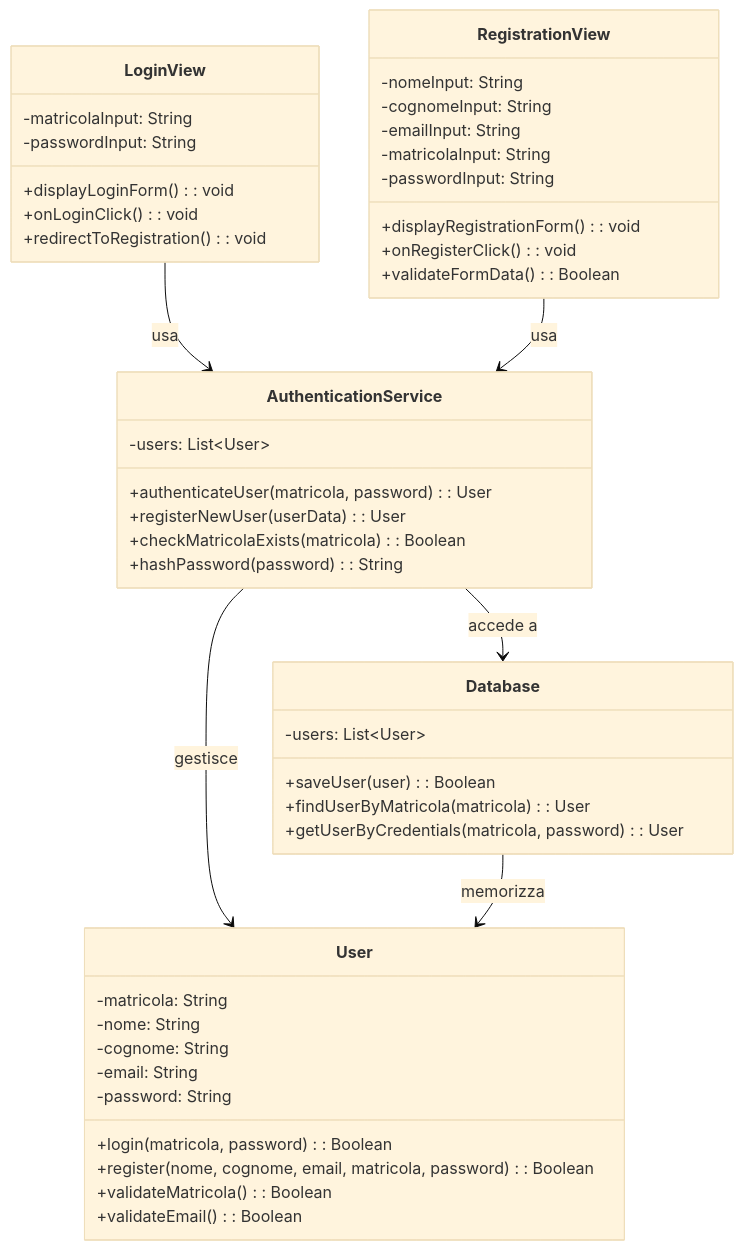
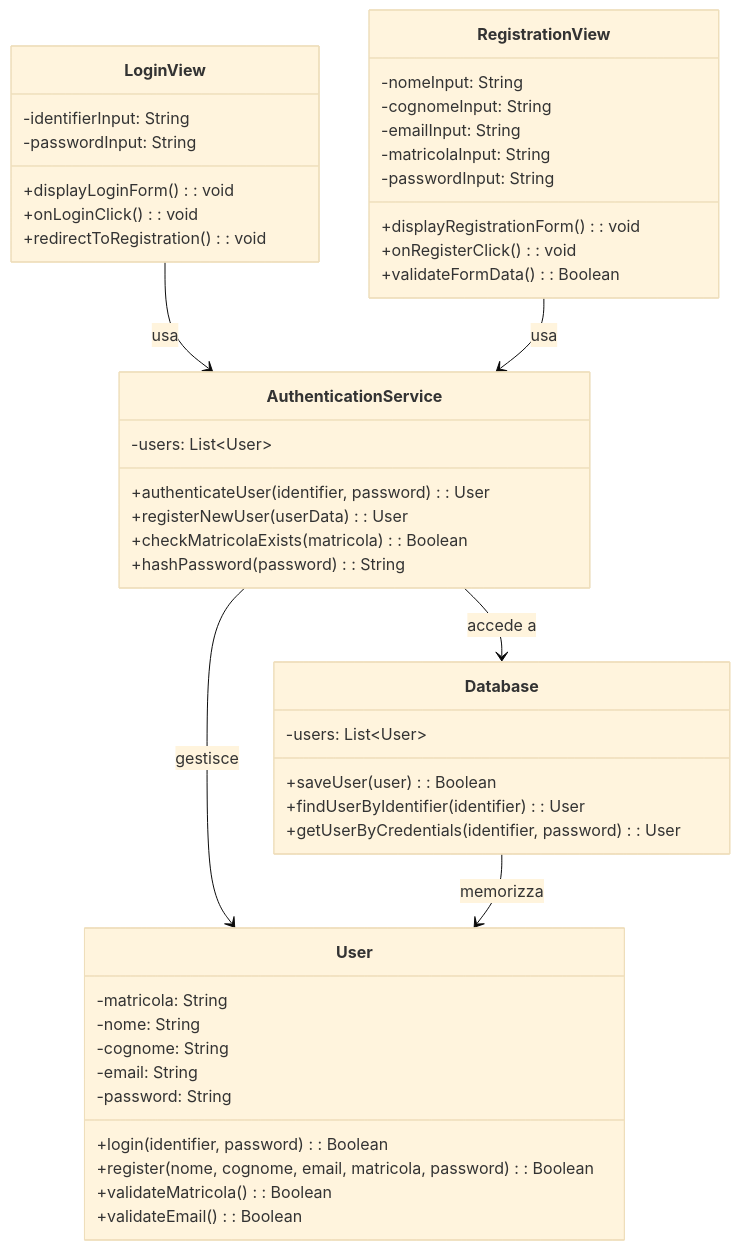
One commit to Sil2564/unibo_tutoring changed the third of 8 diagrams in README.md. Above: the diagram before and after it, drawn with Mermaid (base theme). The commit also changed other lines of this file, not shown here.

````diff
--- a/README.md
+++ b/README.md
@@ -167,49 +167,49 @@
 ```mermaid
 classDiagram
     class User {
         -matricola: String
         -nome: String
         -cognome: String
         -email: String
         -password: String
-        +login(matricola, password): Boolean
+        +login(identifier, password): Boolean
         +register(nome, cognome, email, matricola, password): Boolean
         +validateMatricola(): Boolean
         +validateEmail(): Boolean
     }
     class AuthenticationService {
         -users: List~User~
-        +authenticateUser(matricola, password): User
+        +authenticateUser(identifier, password): User
         +registerNewUser(userData): User
         +checkMatricolaExists(matricola): Boolean
         +hashPassword(password): String
     }
     class LoginView {
-        -matricolaInput: String
+        -identifierInput: String
         -passwordInput: String
         +displayLoginForm(): void
         +onLoginClick(): void
         +redirectToRegistration(): void
     }
     class RegistrationView {
         -nomeInput: String
         -cognomeInput: String
         -emailInput: String
         -matricolaInput: String
         -passwordInput: String
         +displayRegistrationForm(): void
         +onRegisterClick(): void
         +validateFormData(): Boolean
     }
     class Database {
         -users: List~User~
         +saveUser(user): Boolean
-        +findUserByMatricola(matricola): User
-        +getUserByCredentials(matricola, password): User
+        +findUserByIdentifier(identifier): User
+        +getUserByCredentials(identifier, password): User
     }
     LoginView --> AuthenticationService: usa
     RegistrationView --> AuthenticationService: usa
     AuthenticationService --> Database: accede a
     AuthenticationService --> User: gestisce
     Database --> User: memorizza
 ```
````
